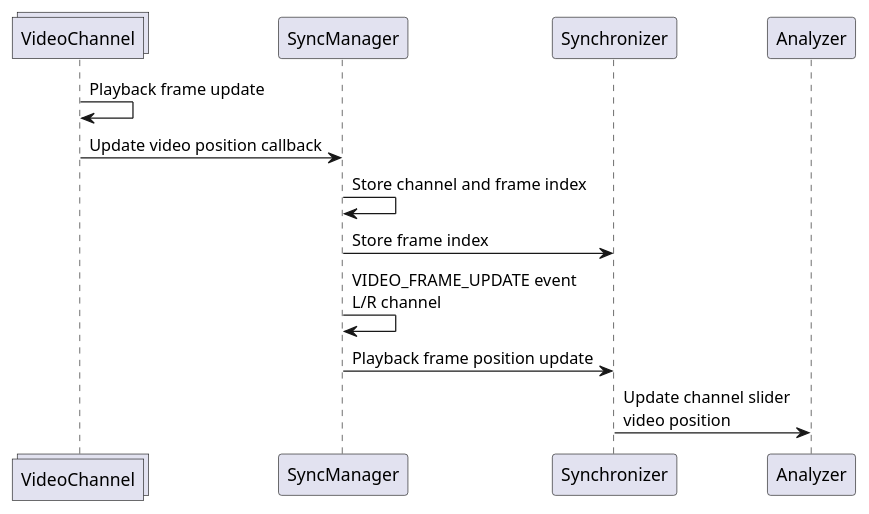
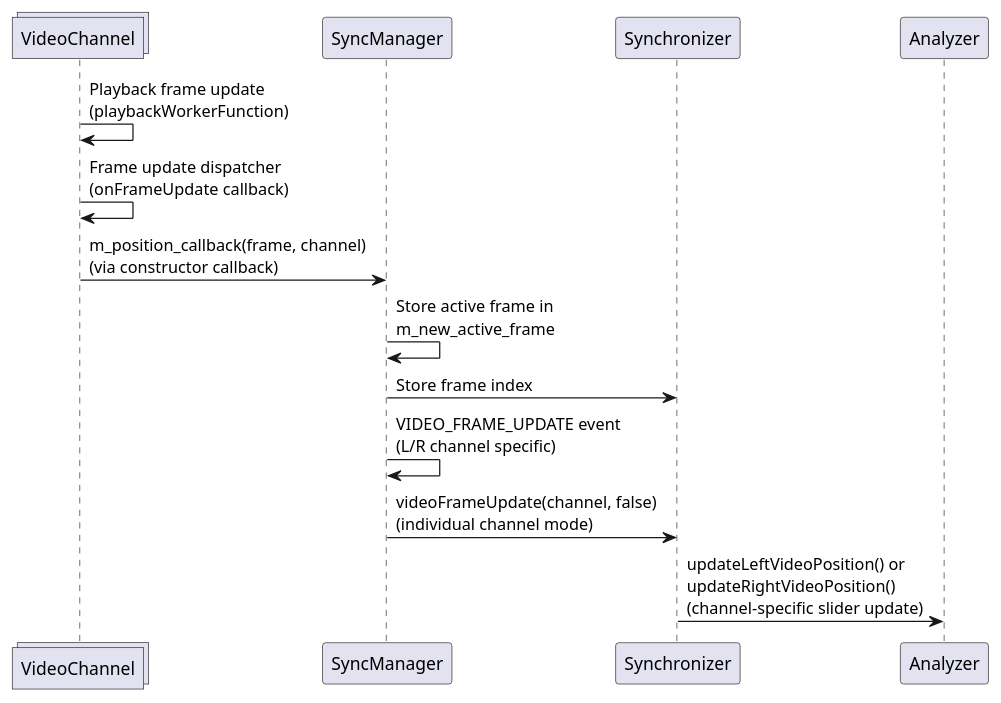
One commit to timwalsh41/SwingAnalyzer changed the second of 17 diagrams in design/Scroll bar synchronization.md. Above: the diagram before and after it, drawn with PlantUML. The commit also changed other lines of this file and 5 other files, not shown here.

Commit message:
Revised frame update markdown to reflect recent VideoChannel refactor

````diff
--- a/design/Scroll bar synchronization.md
+++ b/design/Scroll bar synchronization.md
@@ -25,18 +28,19 @@
 ```plantuml
 @startuml
 
 collections VideoChannel
 participant SyncManager
 participant Synchronizer
 participant Analyzer
 
-VideoChannel -> VideoChannel : Playback frame update
-VideoChannel -> SyncManager : Update video position callback
-SyncManager -> SyncManager : Store channel and frame index
+VideoChannel -> VideoChannel : Playback frame update\n(playbackWorkerFunction)
+VideoChannel -> VideoChannel : Frame update dispatcher\n(onFrameUpdate callback)
+VideoChannel -> SyncManager : m_position_callback(frame, channel)\n(via constructor callback)
+SyncManager -> SyncManager : Store active frame in\nm_new_active_frame
 SyncManager -> Synchronizer : Store frame index
-SyncManager -> SyncManager : VIDEO_FRAME_UPDATE event\nL/R channel
-SyncManager -> Synchronizer : Playback frame position update
-Synchronizer -> Analyzer : Update channel slider\nvideo position
+SyncManager -> SyncManager : VIDEO_FRAME_UPDATE event\n(L/R channel specific)
+SyncManager -> Synchronizer : videoFrameUpdate(channel, false)\n(individual channel mode)
+Synchronizer -> Analyzer : updateLeftVideoPosition() or\nupdateRightVideoPosition()\n(channel-specific slider update)
 
 @enduml
 ```
````
